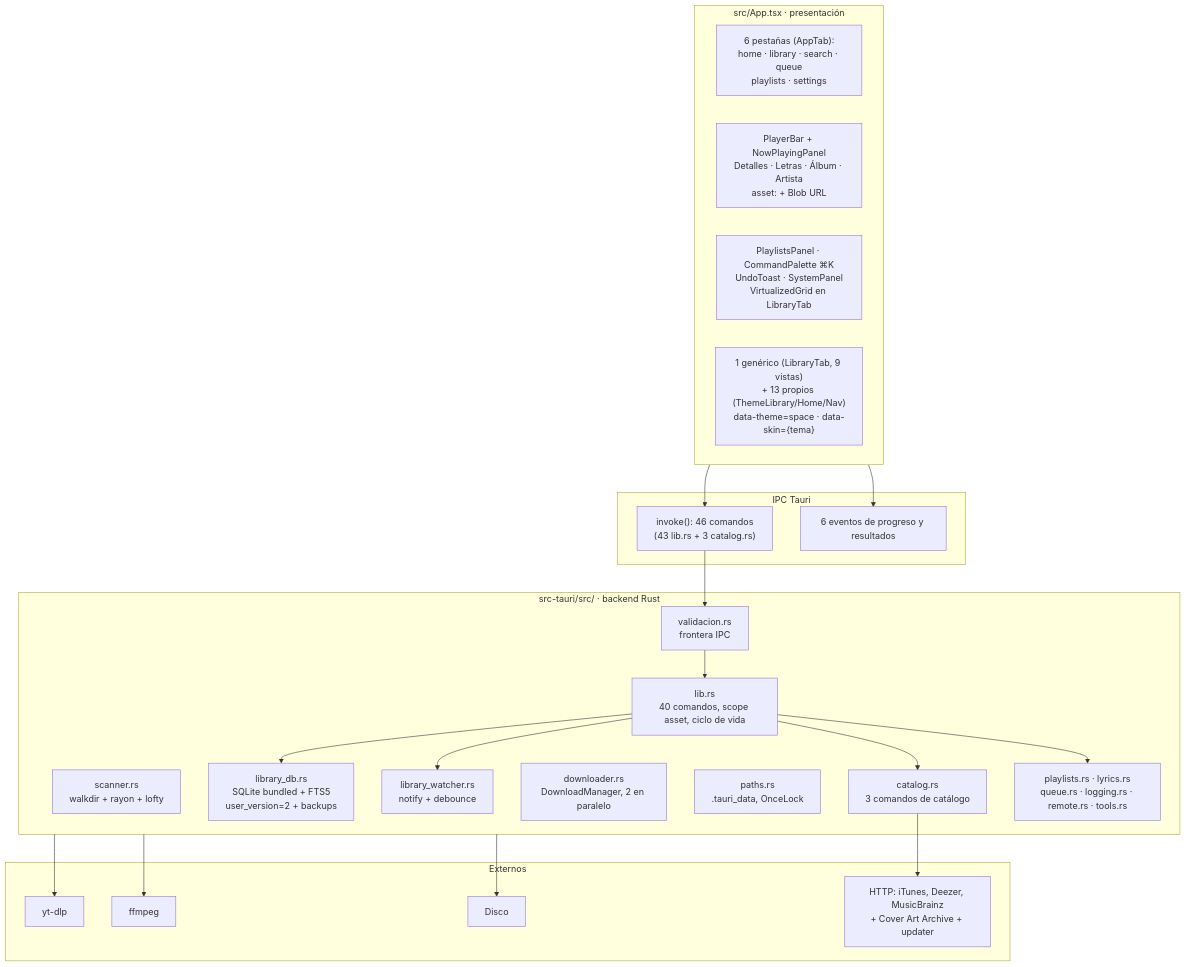
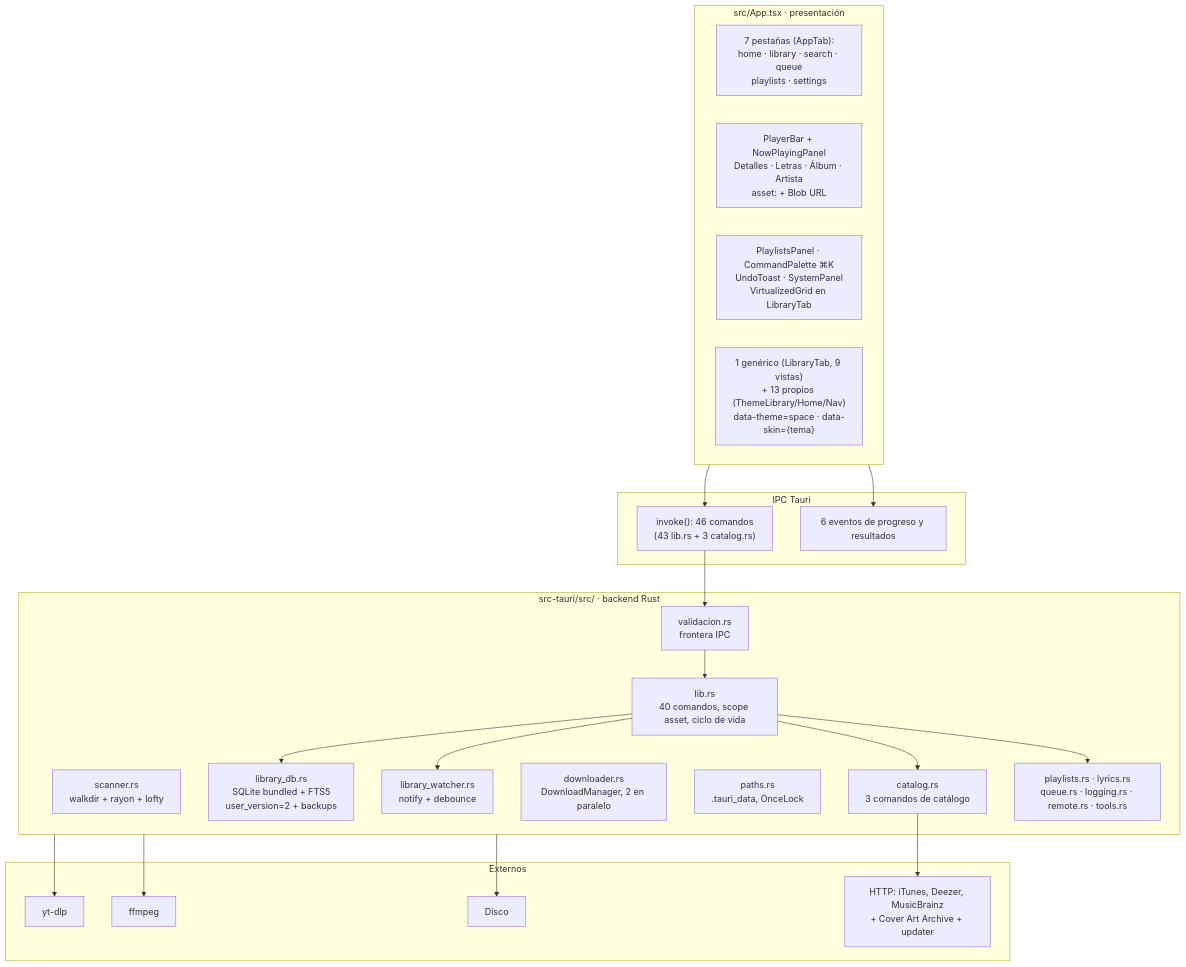
The second of 5 diagrams in docs/arquitectura.md (YordanoCS1/sakura-music), drawn with Mermaid before and after one commit. The commit also changed 35 other files, not shown here.

````diff
--- a/docs/arquitectura.md
+++ b/docs/arquitectura.md
@@ -28,46 +28,46 @@
 ```mermaid
 flowchart TB
     subgraph UI["src/App.tsx · presentación"]
-        TABS["6 pestañas (AppTab):<br/>home · library · search · queue<br/>playlists · settings"]
+        TABS["7 pestañas (AppTab):<br/>home · library · search · queue<br/>playlists · settings"]
         PLAYER["PlayerBar + NowPlayingPanel<br/>Detalles · Letras · Álbum · Artista<br/>asset: + Blob URL"]
         PANEL["PlaylistsPanel · CommandPalette ⌘K<br/>UndoToast · SystemPanel<br/>VirtualizedGrid en LibraryTab"]
         THEME["1 genérico (LibraryTab, 9 vistas)<br/>+ 13 propios (ThemeLibrary/Home/Nav)<br/>data-theme=space · data-skin={tema}"]
     end
 
     subgraph IPC["IPC Tauri"]
         CMD["invoke(): 46 comandos<br/>(43 lib.rs + 3 catalog.rs)"]
         EVT["6 eventos de progreso y resultados"]
     end
 
     subgraph CORE["src-tauri/src/ · backend Rust"]
         SCAN["scanner.rs<br/>walkdir + rayon + lofty"]
         DB["library_db.rs<br/>SQLite bundled + FTS5<br/>user_version=2 + backups"]
         WATCH["library_watcher.rs<br/>notify + debounce"]
         DL["downloader.rs<br/>DownloadManager, 2 en paralelo"]
         PATH["paths.rs<br/>.tauri_data, OnceLock"]
         LIB["lib.rs<br/>40 comandos, scope asset, ciclo de vida"]
         CATALOG["catalog.rs<br/>3 comandos de catálogo"]
         VAL["validacion.rs<br/>frontera IPC"]
         PL["playlists.rs · lyrics.rs<br/>queue.rs · logging.rs · remote.rs · tools.rs"]
     end
 
     subgraph EXT["Externos"]
         YTDLP["yt-dlp"]
         FFMPEG["ffmpeg"]
         NET["HTTP: iTunes, Deezer, MusicBrainz<br/>+ Cover Art Archive + updater"]
         DISK["Disco"]
     end
 
     UI --> CMD
     UI --> EVT
     CMD --> VAL
     VAL --> LIB
     LIB --> DB
     LIB --> WATCH
     LIB --> CATALOG
     LIB --> PL
     CORE --> YTDLP
     CORE --> FFMPEG
     CATALOG --> NET
     CORE --> DISK
 ```
````
